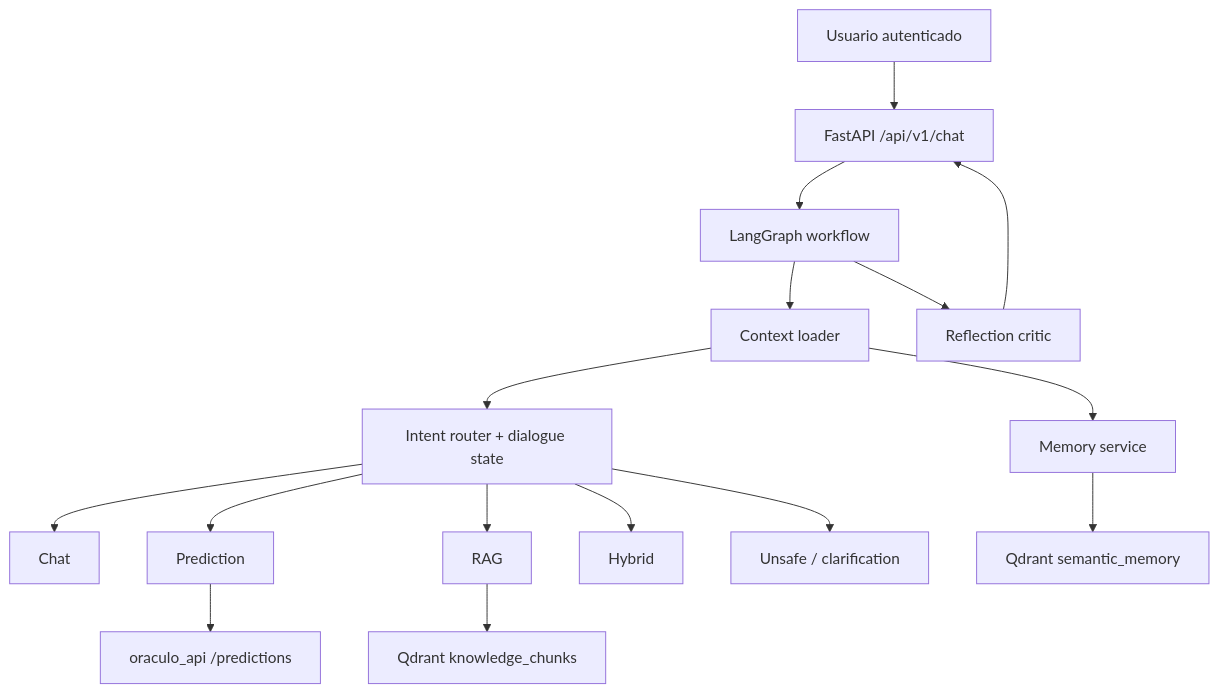
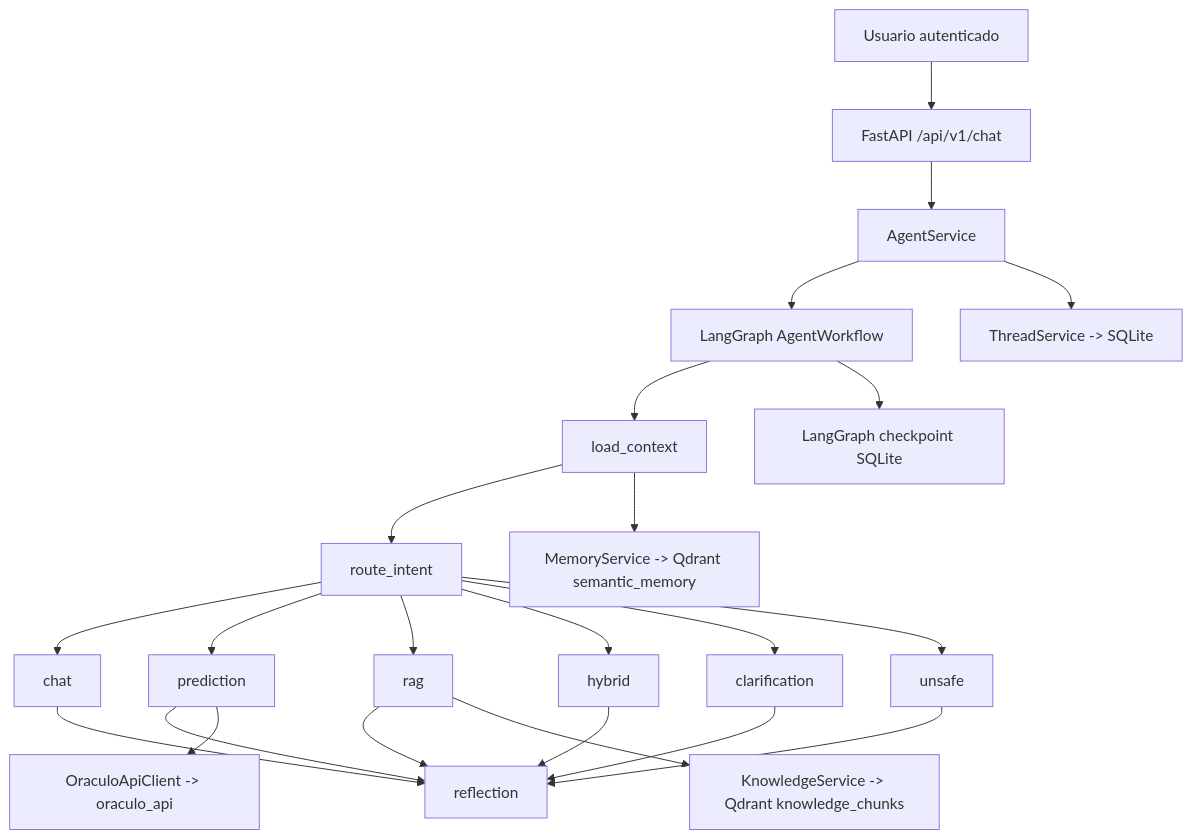
Before and after one commit to DiiegoA/Proyecto_modelo_IA: the diagram in oraculo_agente_ia/README.md, drawn with Mermaid. The commit also changed other lines of this file, not shown here.

````diff
--- a/oraculo_agente_ia/README.md
+++ b/oraculo_agente_ia/README.md
@@ -36,18 +118,26 @@
 ```mermaid
 flowchart TD
     U["Usuario autenticado"] --> API["FastAPI /api/v1/chat"]
-    API --> G["LangGraph workflow"]
-    G --> C["Context loader"]
-    C --> R["Intent router + dialogue state"]
-    R --> CH["Chat"]
-    R --> P["Prediction"]
-    R --> K["RAG"]
-    R --> H["Hybrid"]
-    R --> S["Unsafe / clarification"]
-    P --> OA["oraculo_api /predictions"]
-    K --> Q["Qdrant knowledge_chunks"]
-    C --> M["Memory service"]
-    M --> QM["Qdrant semantic_memory"]
-    G --> X["Reflection critic"]
-    X --> API
+    API --> S["AgentService"]
+    S --> W["LangGraph AgentWorkflow"]
+    W --> LC["load_context"]
+    LC --> RI["route_intent"]
+    RI --> CH["chat"]
+    RI --> PR["prediction"]
+    RI --> RG["rag"]
+    RI --> HY["hybrid"]
+    RI --> CL["clarification"]
+    RI --> UN["unsafe"]
+    CH --> RF["reflection"]
+    PR --> RF
+    RG --> RF
+    HY --> RF
+    CL --> RF
+    UN --> RF
+
+    PR --> OA["OraculoApiClient -> oraculo_api"]
+    RG --> KS["KnowledgeService -> Qdrant knowledge_chunks"]
+    LC --> MS["MemoryService -> Qdrant semantic_memory"]
+    S --> TS["ThreadService -> SQLite"]
+    W --> CP["LangGraph checkpoint SQLite"]
 ```
````
